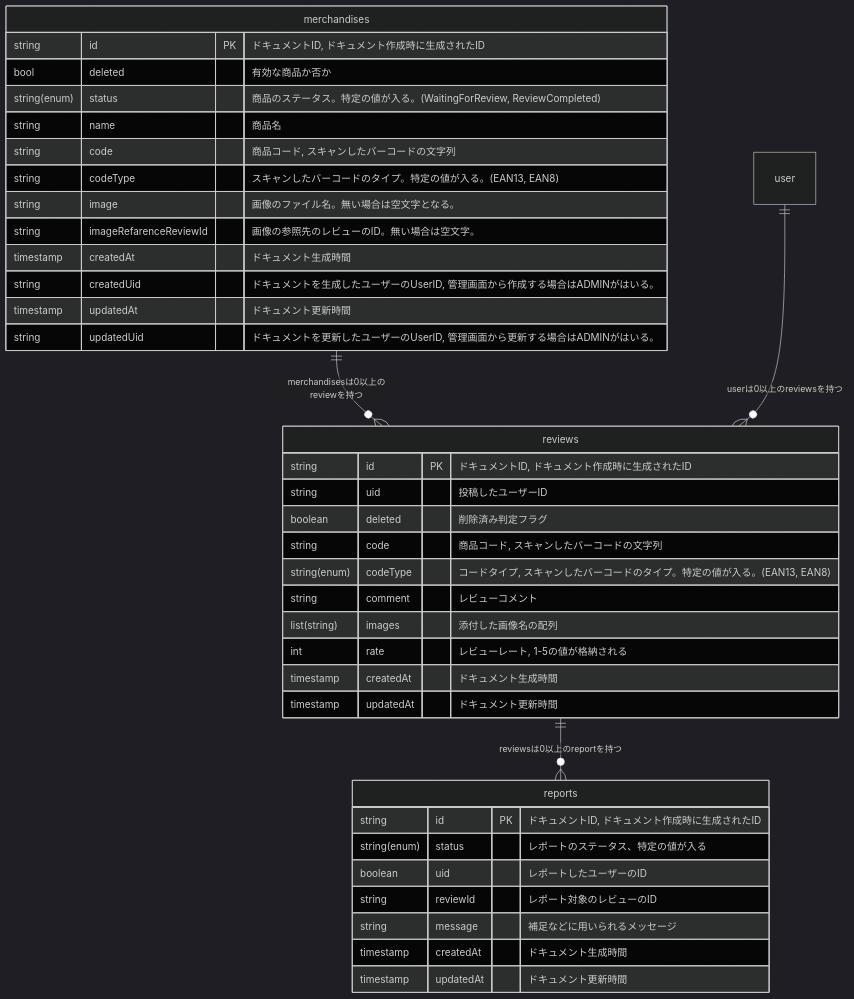
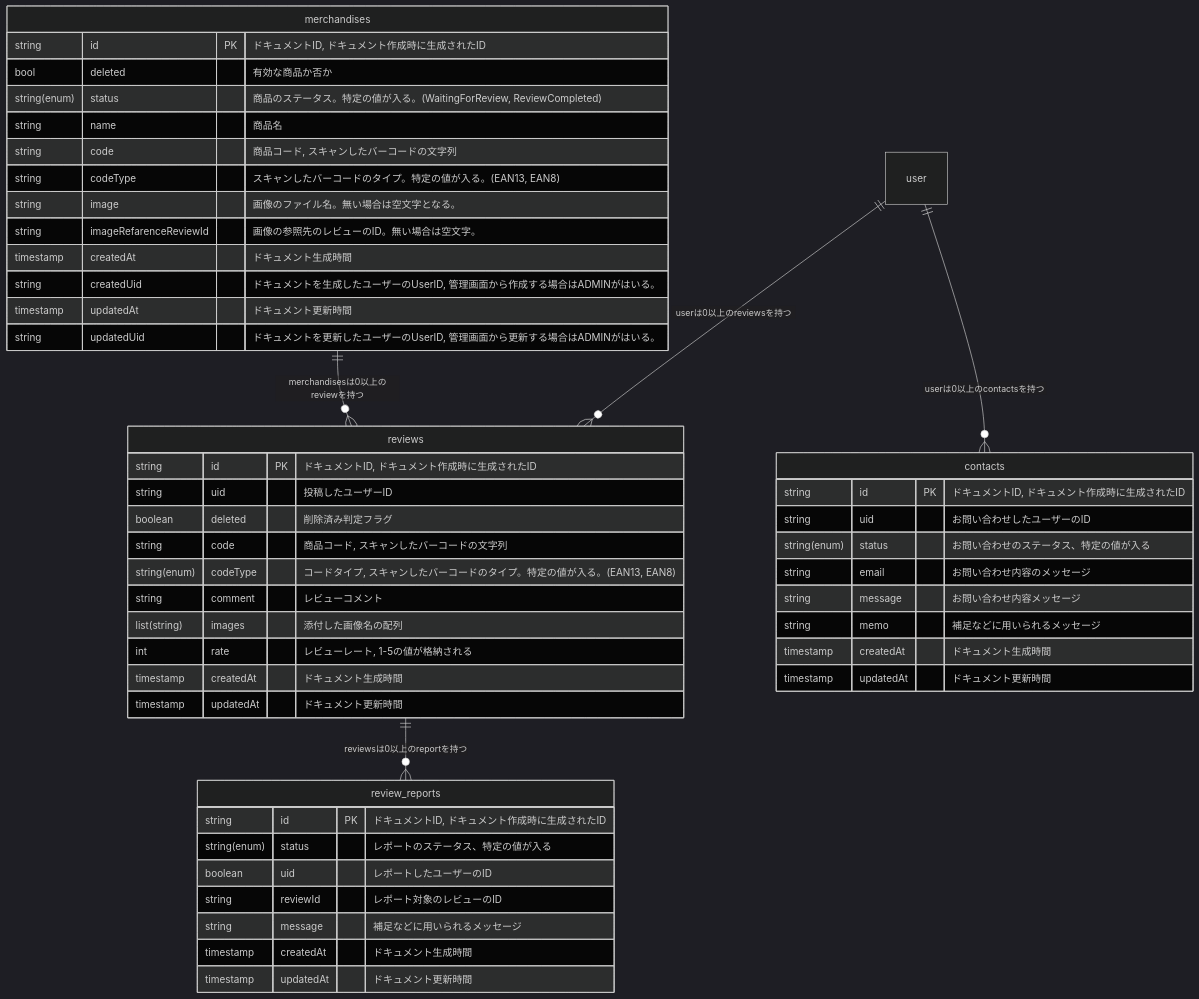
Before and after one commit to takoikatakotako/reviewers: the first of 4 diagrams in documents/database.md, drawn with Mermaid (dark theme). The commit also changed other lines of this file and 7 other files, not shown here.

````diff
--- a/documents/database.md
+++ b/documents/database.md
@@ -9,42 +10,53 @@
 ```mermaid
 erDiagram
   merchandises ||--o{ reviews : "merchandisesは0以上のreviewを持つ"
-  reviews ||--o{ reports : "reviewsは0以上のreportを持つ"
+  reviews ||--o{ review_reports : "reviewsは0以上のreportを持つ"
   user ||--o{ reviews : "userは0以上のreviewsを持つ"
+  user ||--o{ contacts : "userは0以上のcontactsを持つ"
 
   reviews {
     string id PK "ドキュメントID, ドキュメント作成時に生成されたID"
     string uid "投稿したユーザーID"
     boolean deleted "削除済み判定フラグ"
     string code "商品コード, スキャンしたバーコードの文字列"
     string(enum) codeType "コードタイプ, スキャンしたバーコードのタイプ。特定の値が入る。(EAN13, EAN8)"
     string comment "レビューコメント"
     list(string) images "添付した画像名の配列"
     int rate "レビューレート, 1-5の値が格納される"
+    timestamp createdAt "ドキュメント生成時間"
+    timestamp updatedAt "ドキュメント更新時間"
+  }
+  review_reports {
+    string id PK "ドキュメントID, ドキュメント作成時に生成されたID"
+    string(enum) status "レポートのステータス、特定の値が入る"
+    boolean uid "レポートしたユーザーのID"
+    string reviewId "レポート対象のレビューのID"
+    string message "補足などに用いられるメッセージ"
     timestamp createdAt "ドキュメント生成時間"
     timestamp updatedAt "ドキュメント更新時間"
   }
   merchandises {
     string id PK "ドキュメントID, ドキュメント作成時に生成されたID"
     bool deleted "有効な商品か否か"
     string(enum) status "商品のステータス。特定の値が入る。(WaitingForReview, ReviewCompleted)"
     string name "商品名"
     string code "商品コード, スキャンしたバーコードの文字列"
     string codeType "スキャンしたバーコードのタイプ。特定の値が入る。(EAN13, EAN8)"
     string image "画像のファイル名。無い場合は空文字となる。"
     string imageRefarenceReviewId "画像の参照先のレビューのID。無い場合は空文字。"
     timestamp createdAt "ドキュメント生成時間"
     string createdUid "ドキュメントを生成したユーザーのUserID, 管理画面から作成する場合はADMINがはいる。"
     timestamp updatedAt "ドキュメント更新時間"
     string updatedUid "ドキュメントを更新したユーザーのUserID, 管理画面から更新する場合はADMINがはいる。"
   }
-  reports {
+  contacts {
     string id PK "ドキュメントID, ドキュメント作成時に生成されたID"
-    string(enum) status "レポートのステータス、特定の値が入る"
-    boolean uid "レポートしたユーザーのID"
-    string reviewId "レポート対象のレビューのID"
-    string message "補足などに用いられるメッセージ"
+    string uid "お問い合わせしたユーザーのID"
+    string(enum) status "お問い合わせのステータス、特定の値が入る"
+    string email "お問い合わせ内容のメッセージ"
+    string message "お問い合わせ内容メッセージ"
+    string memo "補足などに用いられるメッセージ"
     timestamp createdAt "ドキュメント生成時間"
     timestamp updatedAt "ドキュメント更新時間"
   }
 ```
````
